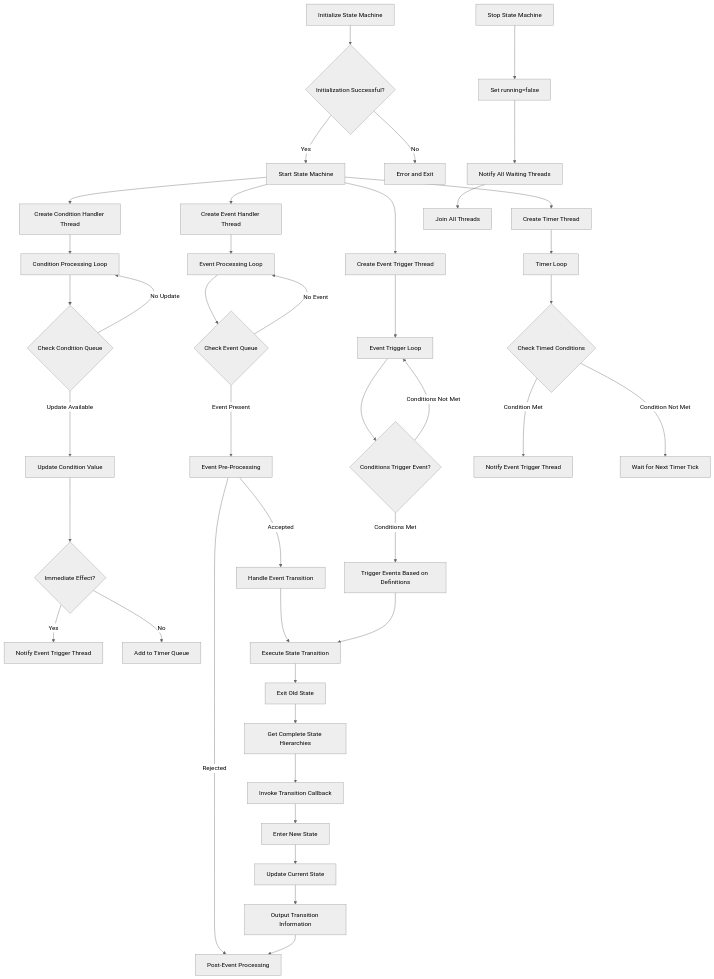
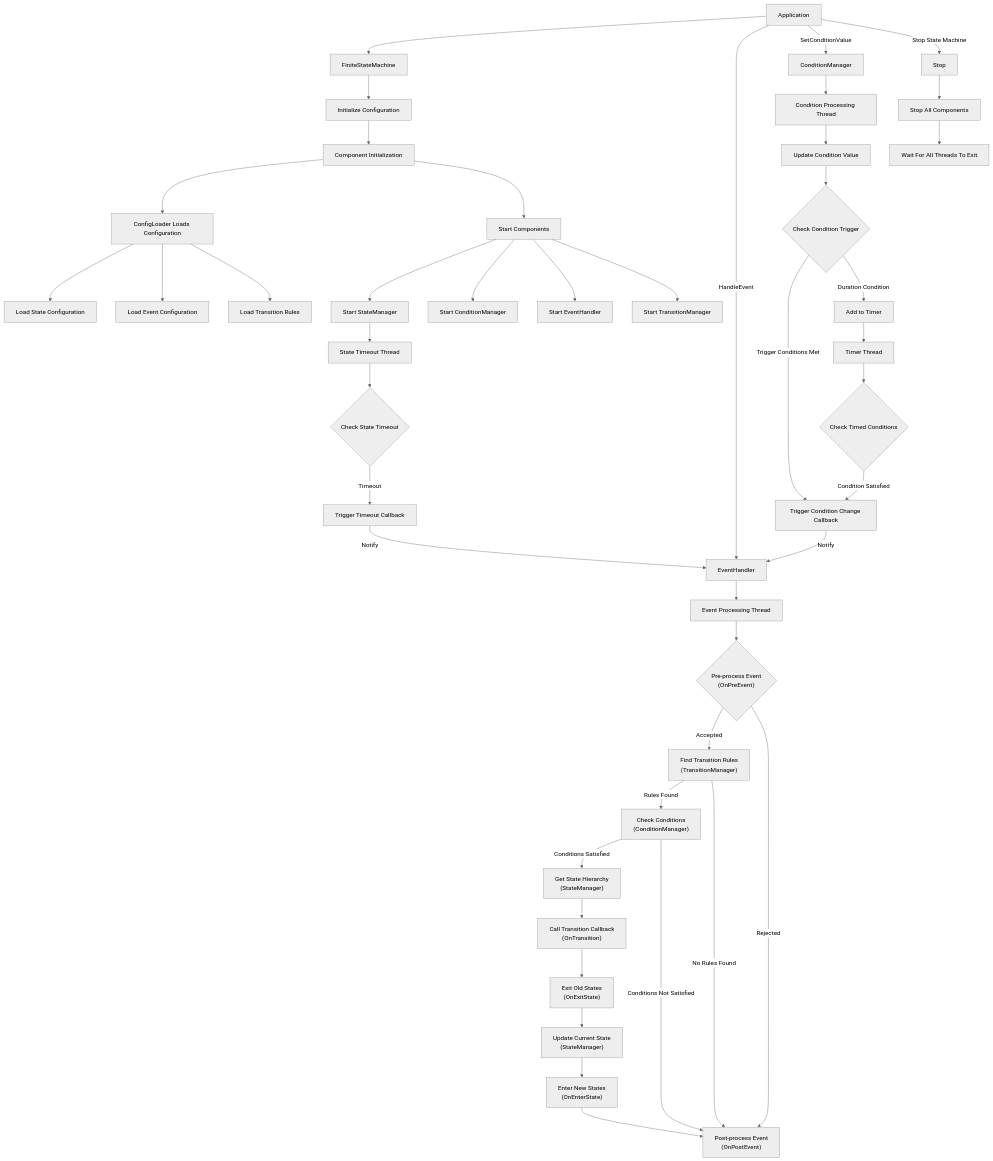
The fifth of 5 diagrams in README.md (JUSTLIKEHU/StateMachine_Frame), drawn with Mermaid (neutral theme) before and after one commit. The commit also changed other lines of this file and 27 other files, not shown here.

````diff
--- a/README.md
+++ b/README.md
@@ -711,50 +1188,57 @@
 ```mermaid
 graph TD
-  A[Initialize State Machine] --> B{Initialization Successful?}
-  B -->|Yes| C[Start State Machine]
-  B -->|No| D[Error and Exit]
+  A[Application] --> B[FiniteStateMachine]
+  B --> B1[Initialize Configuration]
+  B1 --> C[Component Initialization]
   
-  C --> E[Create Event Handler Thread]
-  C --> E1[Create Event Trigger Thread]
-  C --> E2[Create Condition Handler Thread]
-  C --> F[Create Timer Thread]
+  C --> D[ConfigLoader Loads Configuration]
+  D --> D1[Load State Configuration]
+  D --> D2[Load Event Configuration]
+  D --> D3[Load Transition Rules]
   
-  E --> G[Event Processing Loop]
-  G --> H{Check Event Queue}
-  H -->|Event Present| I0[Event Pre-Processing]
-  I0 -->|Accepted| I[Handle Event Transition]
-  I0 -->|Rejected| I2[Post-Event Processing]
-  H -->|No Event| G
+  C --> E[Start Components]
+  E --> E1[Start StateManager]
+  E --> E2[Start ConditionManager]
+  E --> E3[Start EventHandler]
+  E --> E4[Start TransitionManager]
   
-  E1 --> G1[Event Trigger Loop]
-  G1 --> H1{Conditions Trigger Event?}
-  H1 -->|Conditions Met| I1[Trigger Events Based on Definitions]
-  H1 -->|Conditions Not Met| G1
+  A -- HandleEvent --> F[EventHandler]
+  A -- SetConditionValue --> G[ConditionManager]
   
-  E2 --> J1[Condition Processing Loop]
-  J1 --> J2{Check Condition Queue}
-  J2 -->|Update Available| K[Update Condition Value]
-  K --> K1{Immediate Effect?}
-  K1 -->|Yes| K2[Notify Event Trigger Thread]
-  K1 -->|No| K3[Add to Timer Queue]
-  J2 -->|No Update| J1
+  F --> F1[Event Processing Thread]
+  F1 --> F2{"Pre-process Event<br>(OnPreEvent)"}
+  F2 -- Accepted --> F3["Find Transition Rules<br>(TransitionManager)"]
+  F2 -- Rejected --> F9["Post-process Event<br>(OnPostEvent)"]
   
-  F --> M[Timer Loop]
-  M --> N{Check Timed Conditions}
-  N -->|Condition Met| O[Notify Event Trigger Thread]
-  N -->|Condition Not Met| P[Wait for Next Timer Tick]
+  F3 -- Rules Found --> F4["Check Conditions<br>(ConditionManager)"]
+  F3 -- No Rules Found --> F9
   
-  I --> Q0[Execute State Transition]
-  I1 --> Q0
-  Q0 --> Q1[Exit Old State]
-  Q1 --> Q[Get Complete State Hierarchies]
-  Q --> R[Invoke Transition Callback]
-  R --> S0[Enter New State]
-  S0 --> S[Update Current State]
-  S --> T[Output Transition Information]
-  T --> I2
+  F4 -- Conditions Satisfied --> F5["Get State Hierarchy<br>(StateManager)"]
+  F4 -- Conditions Not Satisfied --> F9
   
-  Z[Stop State Machine] --> Z1[Set running=false]
-  Z1 --> Z2[Notify All Waiting Threads]
-  Z2 --> Z3[Join All Threads]
+  F5 --> F6["Call Transition Callback<br>(OnTransition)"]
+  F6 --> F7["Exit Old States<br>(OnExitState)"]
+  F7 --> F8["Update Current State<br>(StateManager)"]
+  F8 --> F8a["Enter New States<br>(OnEnterState)"]
+  F8a --> F9
+  
+  G --> G1[Condition Processing Thread]
+  G1 --> G2[Update Condition Value]
+  G2 --> G3{Check Condition Trigger}
+  G3 -- Trigger Conditions Met --> G4[Trigger Condition Change Callback]
+  G3 -- Duration Condition --> G5[Add to Timer]
+  G4 -- Notify --> F
+  
+  G5 --> G6[Timer Thread]
+  G6 --> G7{Check Timed Conditions}
+  G7 -- Condition Satisfied --> G4
+  
+  E1 --> H[State Timeout Thread]
+  H --> H1{Check State Timeout}
+  H1 -- Timeout --> H2[Trigger Timeout Callback]
+  H2 -- Notify --> F
+  
+  A -- Stop State Machine --> I[Stop]
+  I --> I1[Stop All Components]
+  I1 --> I2[Wait For All Threads To Exit]
 ```
````
